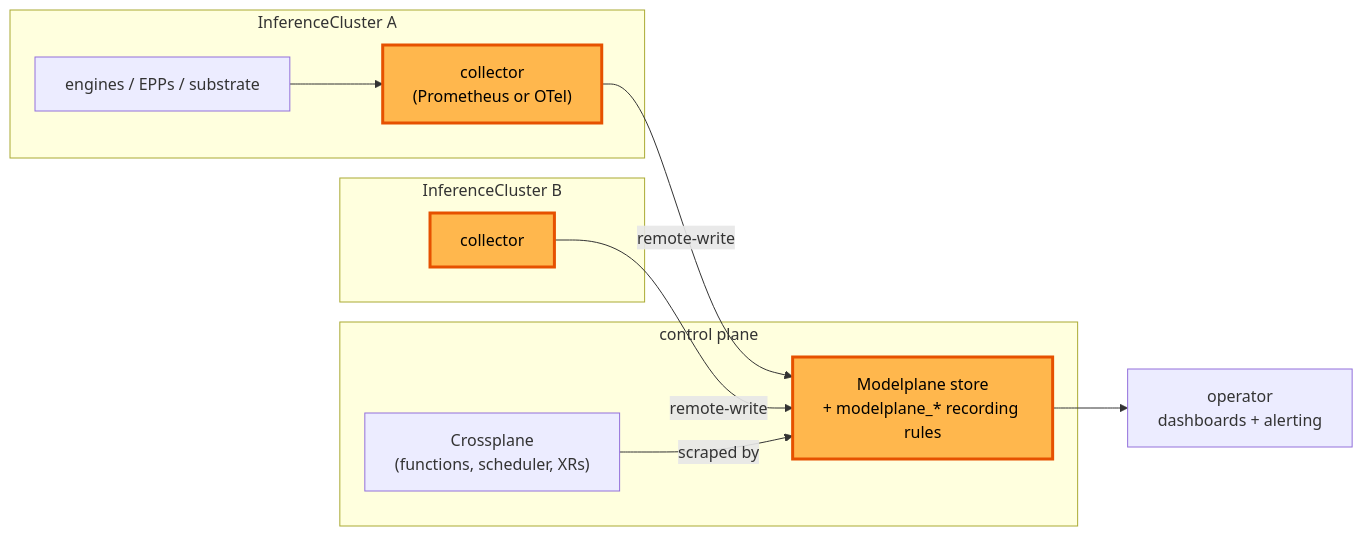
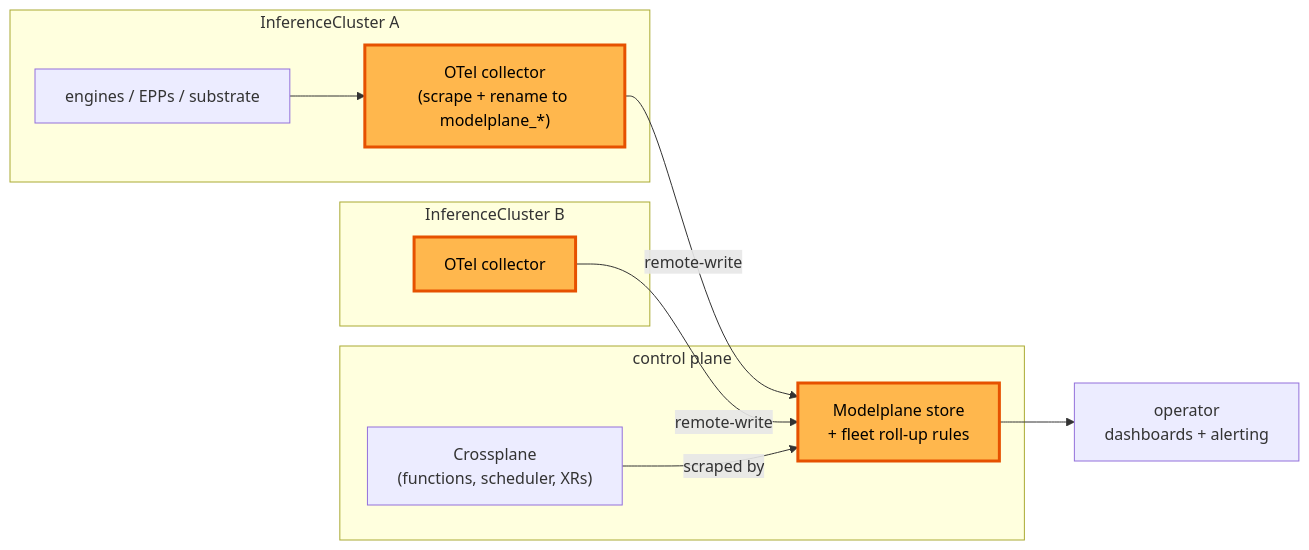
Before and after one commit to modelplaneai/modelplane: the diagram in design/metrics.md, drawn with Mermaid. The commit also changed other lines of this file, not shown here.

First line of the commit message:
Lock the collector to OpenTelemetry and specify engine capture and normalization

````diff
--- a/design/metrics.md
+++ b/design/metrics.md
@@ -122,22 +181,22 @@
 ```mermaid
 flowchart LR
     subgraph icA["InferenceCluster A"]
         SA["engines / EPPs / substrate"]
-        CA["collector\n(Prometheus or OTel)"]
+        CA["OTel collector\n(scrape + rename to modelplane_*)"]
     end
     subgraph icB["InferenceCluster B"]
-        CB["collector"]
+        CB["OTel collector"]
     end
     subgraph cp["control plane"]
         XP["Crossplane\n(functions, scheduler, XRs)"]
-        CENT["Modelplane store\n+ modelplane_* recording rules"]
+        CENT["Modelplane store\n+ fleet roll-up rules"]
     end
     OP["operator\ndashboards + alerting"]
     SA --> CA
     CA -->|remote-write| CENT
     CB -->|remote-write| CENT
     XP -->|scraped by| CENT
     CENT --> OP
     classDef new fill:#ffb74d,stroke:#e65100,stroke-width:3px,color:#000;
     class CENT,CA,CB new
 ```
````
